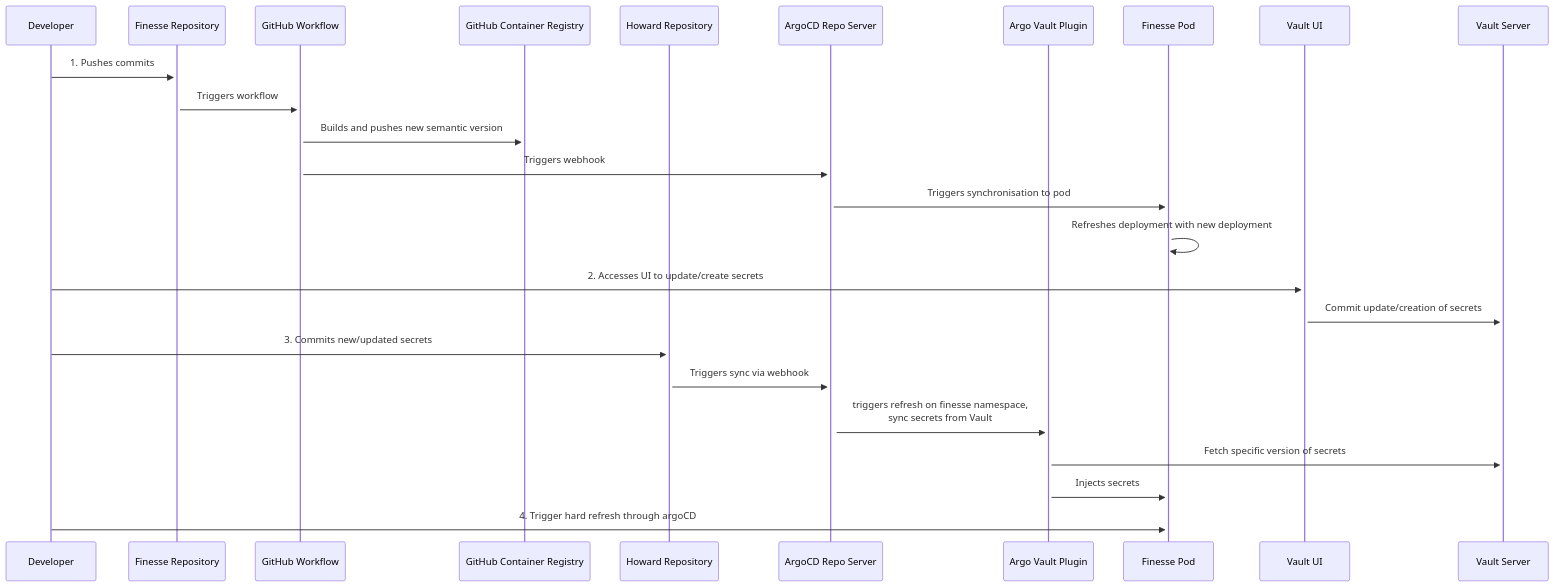
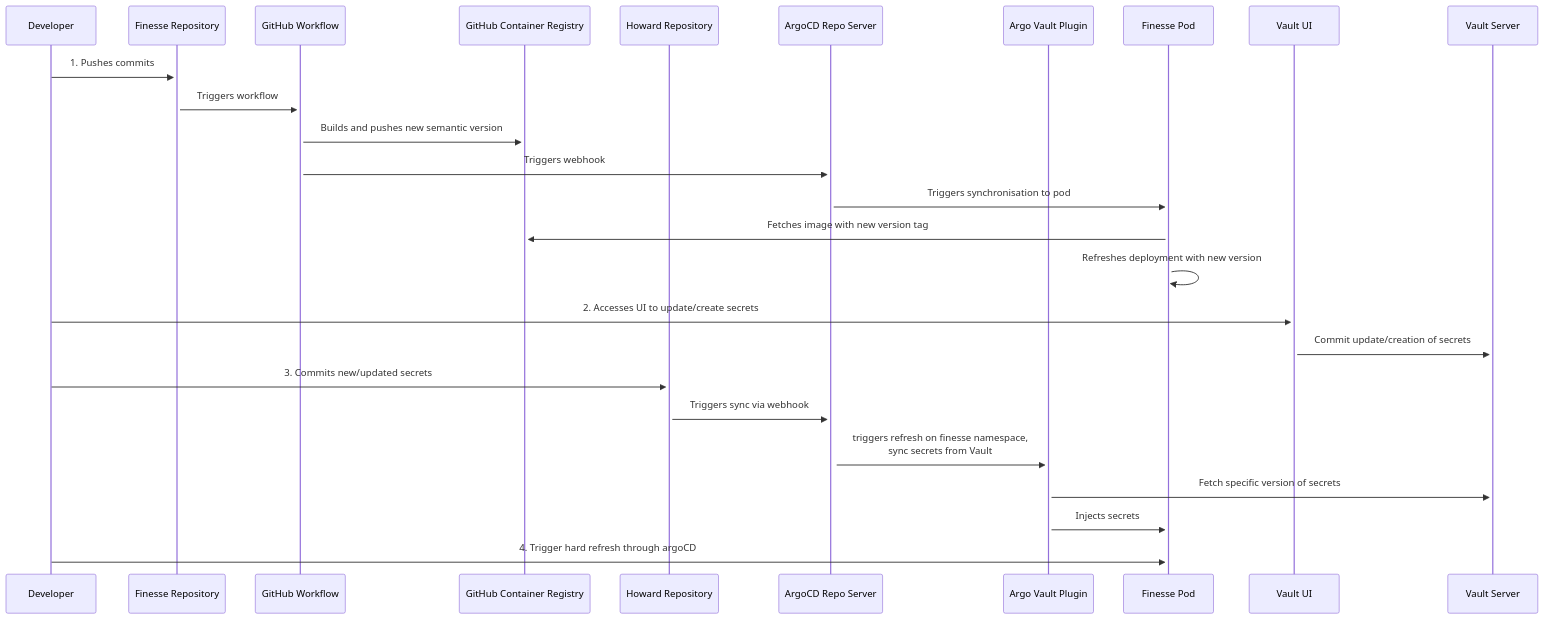
One commit to ai-cfia/howard changed the diagram in docs/secrets-management.md. Above: the diagram before and after it, drawn with Mermaid.

Commit message:
Issue #134: update sequence diagram

````diff
--- a/docs/secrets-management.md
+++ b/docs/secrets-management.md
@@ -39,29 +39,30 @@
 ```mermaid
 sequenceDiagram
     participant Developer
     participant FinesseRepo as Finesse Repository
     participant GHWorkflow as GitHub Workflow
     participant ContainerReg as GitHub Container Registry
     participant HowardRepo as Howard Repository
     participant ArgoRepoServer as ArgoCD Repo Server
     participant ArgoVaultPlugin as Argo Vault Plugin
     participant FinessePod as Finesse Pod
 
     participant VaultUI as Vault UI
     participant Vault as Vault Server
 
     Developer->>+FinesseRepo: 1. Pushes commits
     FinesseRepo->>+GHWorkflow: Triggers workflow
     GHWorkflow->>+ContainerReg: Builds and pushes new semantic version
     GHWorkflow->>+ArgoRepoServer: Triggers webhook
     ArgoRepoServer->>+FinessePod: Triggers synchronisation to pod
-    FinessePod->>+FinessePod: Refreshes deployment with new deployment
+    FinessePod->>+ContainerReg: Fetches image with new version tag
+    FinessePod->>+FinessePod: Refreshes deployment with new version
     Developer->>+VaultUI: 2. Accesses UI to update/create secrets
     VaultUI->>+Vault: Commit update/creation of secrets
     Developer->>+HowardRepo: 3. Commits new/updated secrets
     HowardRepo->>+ArgoRepoServer: Triggers sync via webhook
     ArgoRepoServer->>+ArgoVaultPlugin: triggers refresh on finesse namespace,<br> sync secrets from Vault
     ArgoVaultPlugin->>+Vault: Fetch specific version of secrets
     ArgoVaultPlugin->>+FinessePod: Injects secrets
     Developer->>+FinessePod: 4. Trigger hard refresh through argoCD
 ```
````
